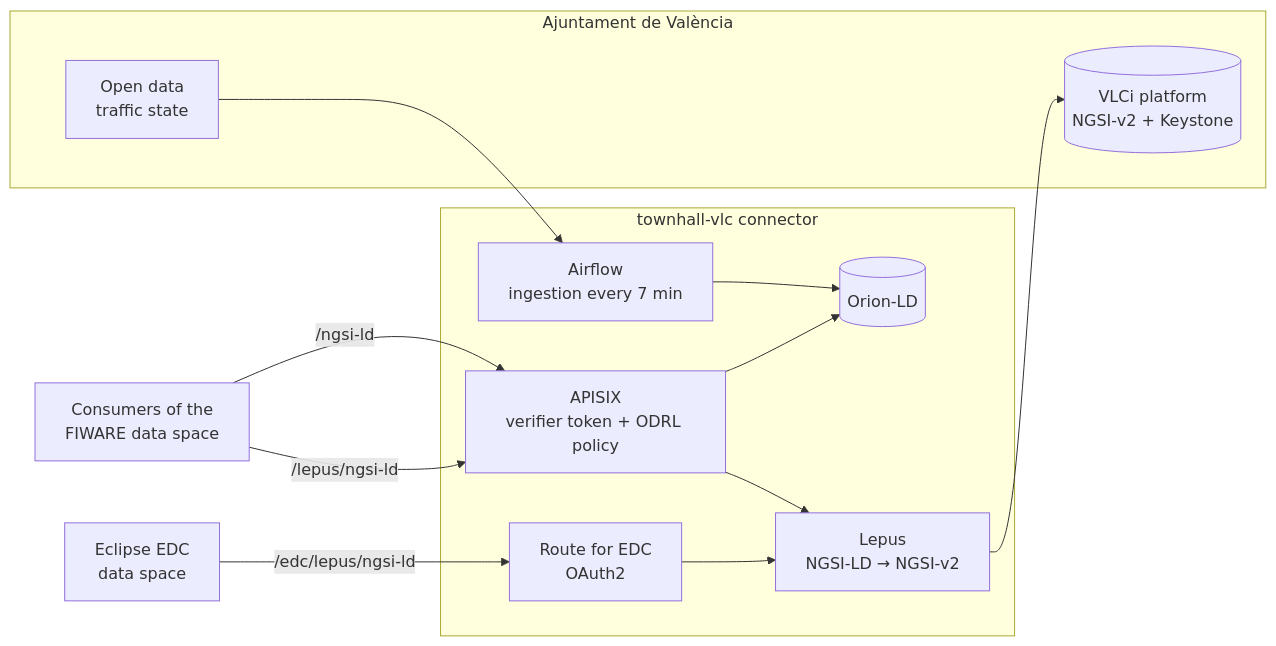
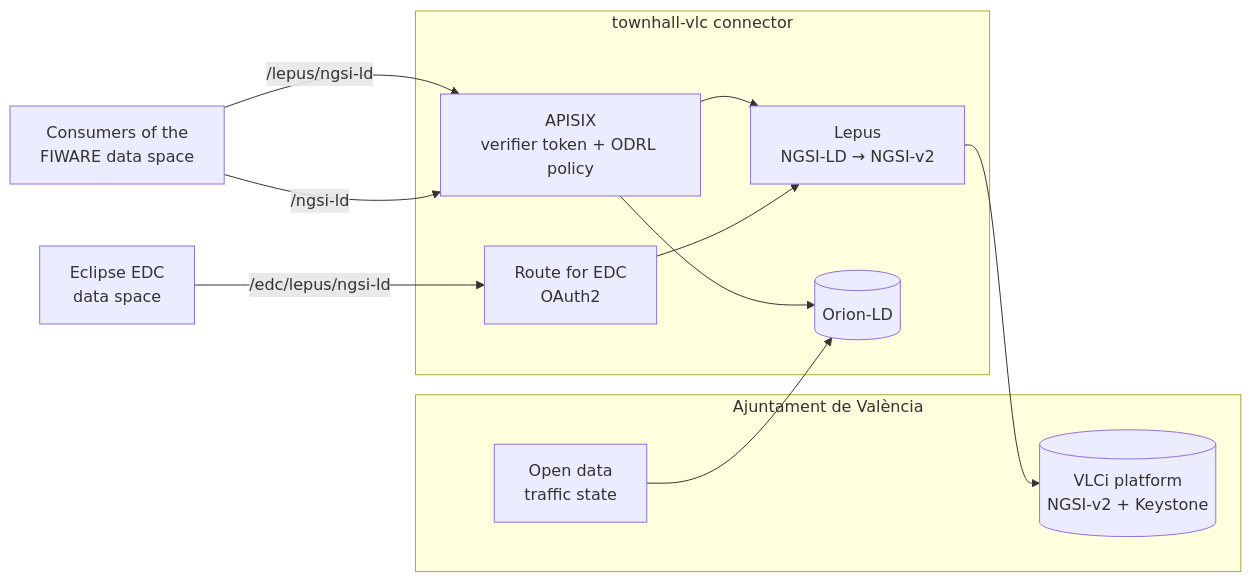
Before and after one commit to CitComAI-Hub/CitComAI-Hub.github.io: the diagram in docs/valencia/index.md, drawn with Mermaid. The commit also changed other lines of this file, not shown here.

Commit message:
docs(valencia): no Airflow details in the worked example

````diff
--- a/docs/valencia/index.md
+++ b/docs/valencia/index.md
@@ -41,23 +41,22 @@
 ```mermaid
 flowchart LR
     subgraph CITY["Ajuntament de València"]
         VLCI[("VLCi platform<br/>NGSI-v2 + Keystone")]
         OD["Open data<br/>traffic state"]
     end
     subgraph TV["townhall-vlc connector"]
         GW["APISIX<br/>verifier token + ODRL policy"]
         LE["Lepus<br/>NGSI-LD → NGSI-v2"]
-        AF["Airflow<br/>ingestion every 7 min"]
         OR[("Orion-LD")]
         EDC["Route for EDC<br/>OAuth2"]
     end
     CONS["Consumers of the<br/>FIWARE data space"]
     EDCC["Eclipse EDC<br/>data space"]
 
     CONS -- "/lepus/ngsi-ld" --> GW
     CONS -- "/ngsi-ld" --> GW
     GW --> LE --> VLCI
     GW --> OR
-    OD --> AF --> OR
+    OD --> OR
     EDCC -- "/edc/lepus/ngsi-ld" --> EDC --> LE
 ```
````
